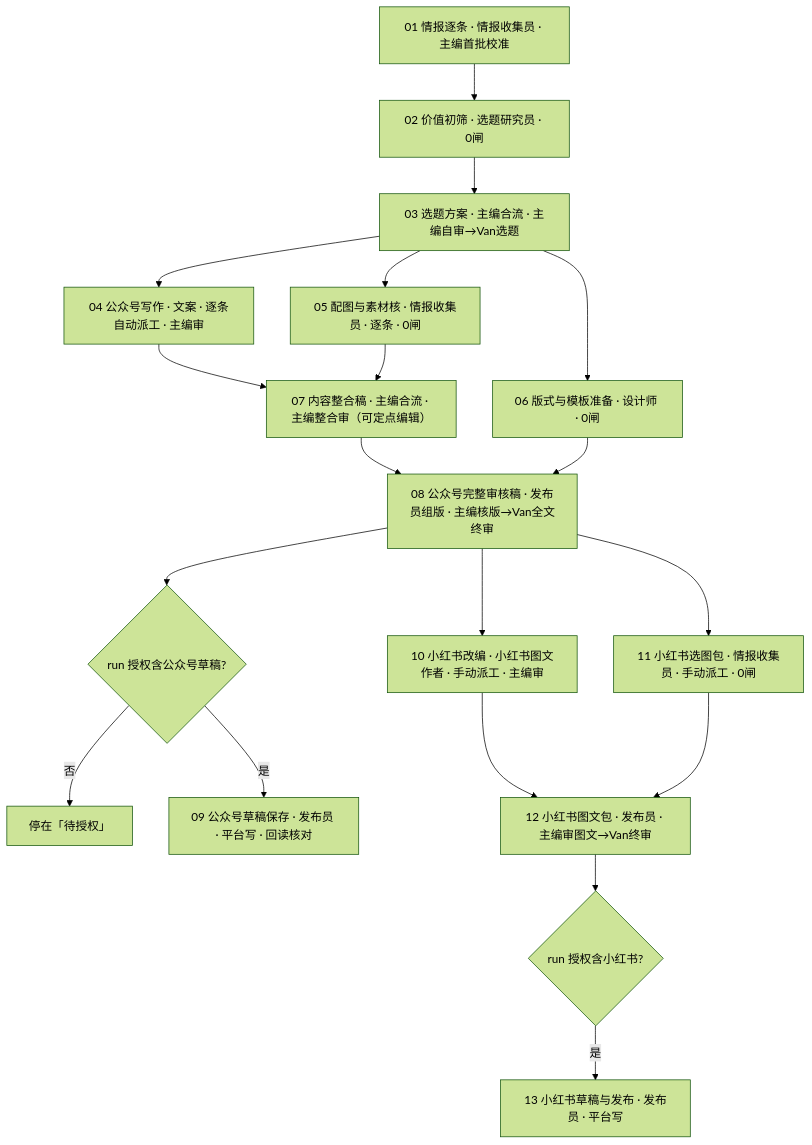
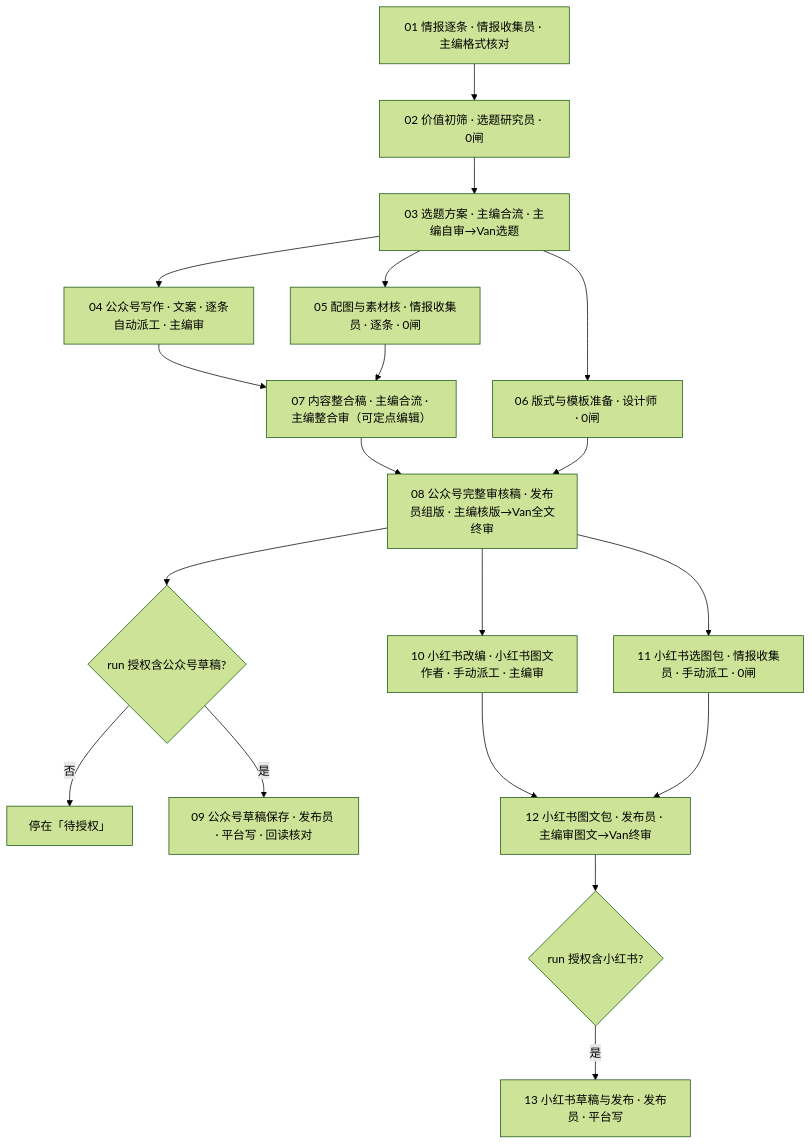
Before and after one commit to azure1489/csw-agent-team: the diagram in docs/资讯日更_全流程.md, drawn with Mermaid (forest theme). The commit also changed other lines of this file and 10 other files, not shown here.

````diff
--- a/docs/资讯日更_全流程.md
+++ b/docs/资讯日更_全流程.md
@@ -48,21 +48,21 @@
 ```mermaid
 flowchart TD
-  A[01 情报逐条 · 情报收集员 · 主编首批校准] --> B[02 价值初筛 · 选题研究员 · 0闸]
+  A[01 情报逐条 · 情报收集员 · 主编格式核对] --> B[02 价值初筛 · 选题研究员 · 0闸]
   B --> C[03 选题方案 · 主编合流 · 主编自审→Van选题]
   C --> D[04 公众号写作 · 文案 · 逐条自动派工 · 主编审]
   C --> E[05 配图与素材核 · 情报收集员 · 逐条 · 0闸]
   C --> F[06 版式与模板准备 · 设计师 · 0闸]
   D --> G[07 内容整合稿 · 主编合流 · 主编整合审（可定点编辑）]
   E --> G
   G --> H[08 公众号完整审核稿 · 发布员组版 · 主编核版→Van全文终审]
   F --> H
   H --> I{run 授权含公众号草稿?}
   I -->|否| I0[停在「待授权」]
   I -->|是| J[09 公众号草稿保存 · 发布员 · 平台写 · 回读核对]
   H --> K[10 小红书改编 · 小红书图文作者 · 手动派工 · 主编审]
   H --> L[11 小红书选图包 · 情报收集员 · 手动派工 · 0闸]
   K --> M[12 小红书图文包 · 发布员 · 主编审图文→Van终审]
   L --> M
   M --> N{run 授权含小红书?}
   N -->|是| O[13 小红书草稿与发布 · 发布员 · 平台写]
 ```
````
